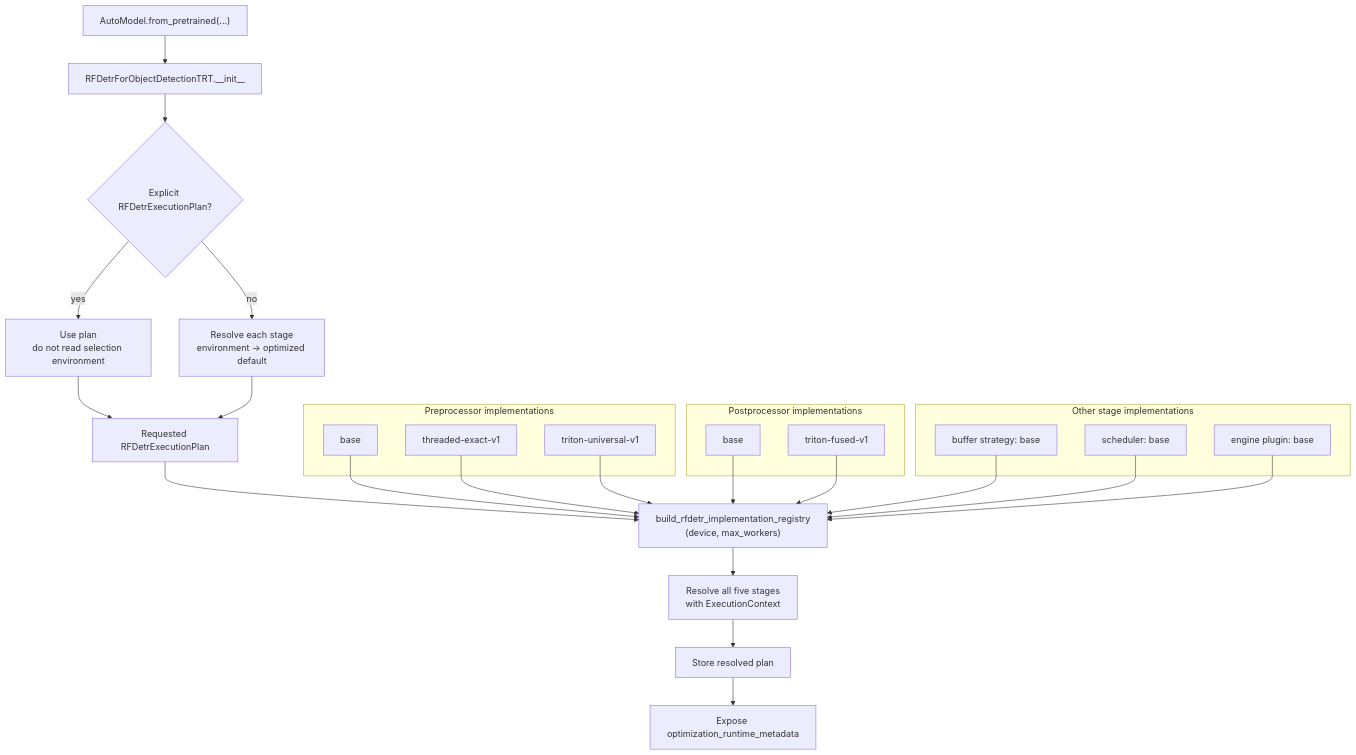
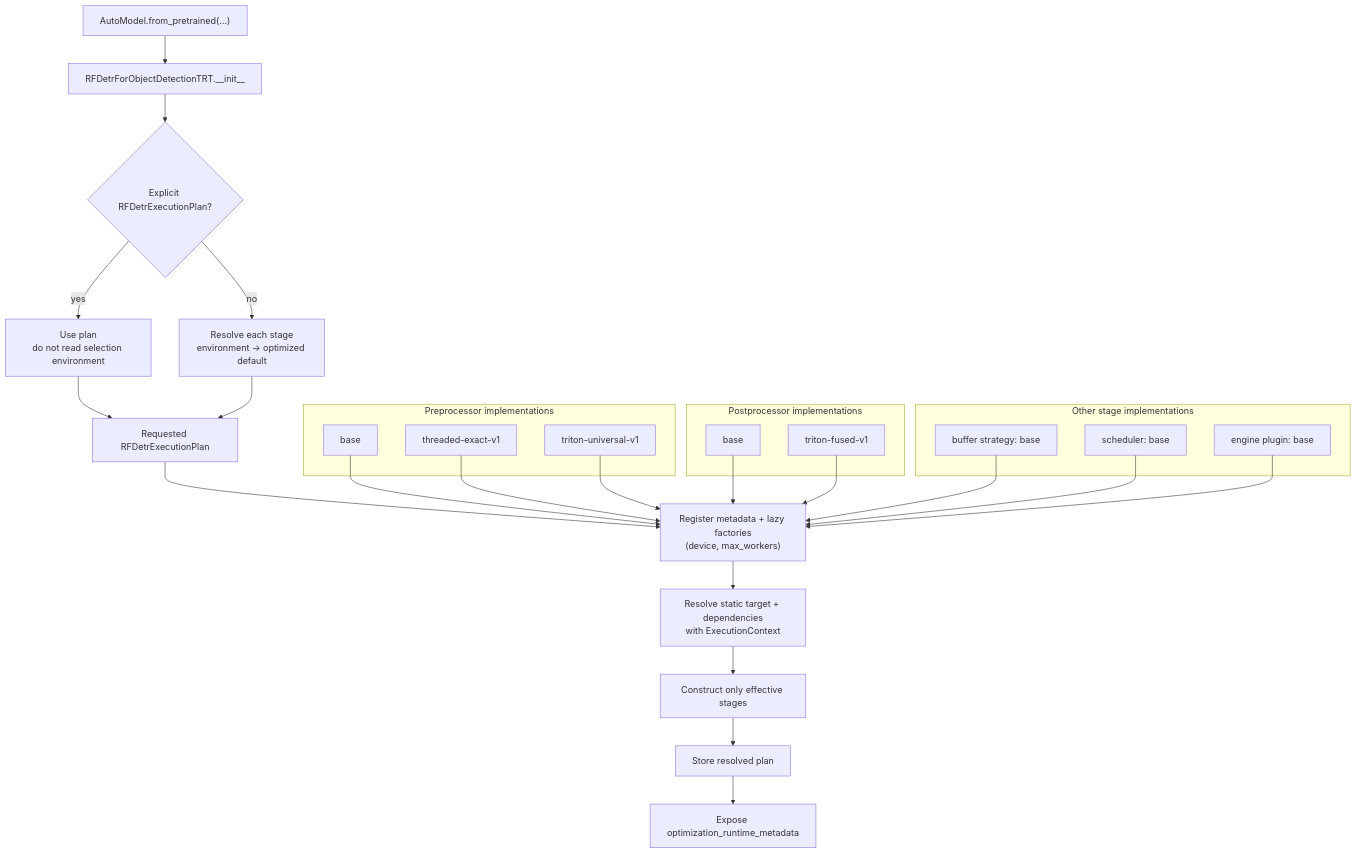
Before and after one commit to roboflow/inference: the first of 2 diagrams in inference_models/docs/contributors/inference-path-optimization-architectures/rfdetr.md, drawn with Mermaid. The commit also changed other lines of this file and 9 other files, not shown here.

First line of the commit message:
Enhance RF-DETR optimization architecture with lazy implementation registration and compatibility checks

````diff
--- a/inference_models/docs/contributors/inference-path-optimization-architectures/rfdetr.md
+++ b/inference_models/docs/contributors/inference-path-optimization-architectures/rfdetr.md
@@ -13,41 +13,42 @@
 ```mermaid
 flowchart TD
     load["AutoModel.from_pretrained(...)"] --> init["RFDetrForObjectDetectionTRT.__init__"]
     init --> explicit{"Explicit RFDetrExecutionPlan?"}
     explicit -->|yes| use_plan["Use plan<br/>do not read selection environment"]
     explicit -->|no| precedence["Resolve each stage<br/>environment → optimized default"]
     use_plan --> requested["Requested RFDetrExecutionPlan"]
     precedence --> requested
 
-    requested --> build["build_rfdetr_implementation_registry<br/>(device, max_workers)"]
+    requested --> build["Register metadata + lazy factories<br/>(device, max_workers)"]
 
     subgraph preprocessors["Preprocessor implementations"]
         pre_base["base"]
         pre_threaded["threaded-exact-v1"]
         pre_triton["triton-universal-v1"]
     end
 
     subgraph postprocessors["Postprocessor implementations"]
         post_base["base"]
         post_triton["triton-fused-v1"]
     end
 
     subgraph base_stages["Other stage implementations"]
         buffer_base["buffer strategy: base"]
         scheduler_base["scheduler: base"]
         plugin_base["engine plugin: base"]
     end
 
     pre_base --> build
     pre_threaded --> build
     pre_triton --> build
     post_base --> build
     post_triton --> build
     buffer_base --> build
     scheduler_base --> build
     plugin_base --> build
 
-    build --> resolve["Resolve all five stages<br/>with ExecutionContext"]
-    resolve --> store["Store resolved plan"]
+    build --> resolve["Resolve static target + dependencies<br/>with ExecutionContext"]
+    resolve --> construct["Construct only effective stages"]
+    construct --> store["Store resolved plan"]
     store --> metadata["Expose optimization_runtime_metadata"]
 ```
````
